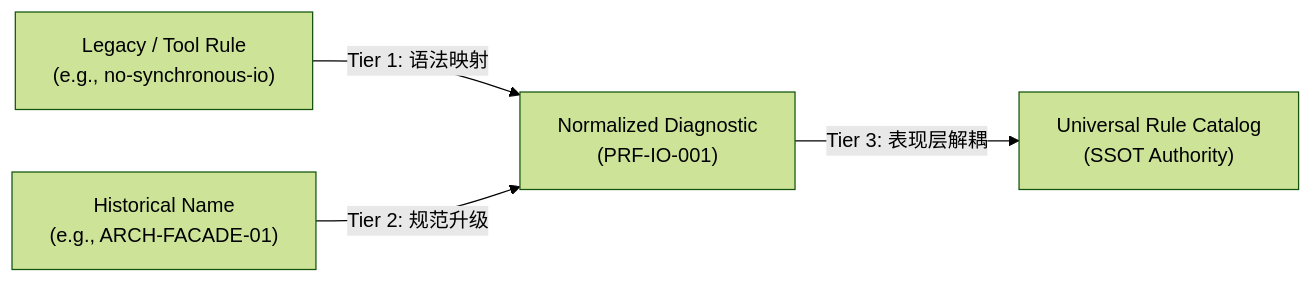
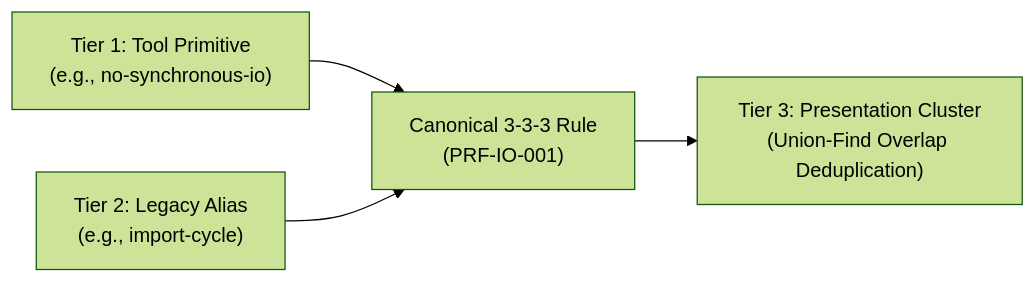
One commit to guilingzhouyi-creator/vscode-extensions changed the first of 2 diagrams in docs/system-spec/rule-catalog-architecture.md. Above: the diagram before and after it, drawn with Mermaid (forest theme). The commit also changed other lines of this file and 6 other files, not shown here.

````diff
--- a/docs/system-spec/rule-catalog-architecture.md
+++ b/docs/system-spec/rule-catalog-architecture.md
@@ -54,6 +37,6 @@
 ```mermaid
 flowchart LR
-    A["Legacy / Tool Rule<br/>(e.g., no-synchronous-io)"] -->|"Tier 1: 语法映射"| B["Normalized Diagnostic<br/>(PRF-IO-001)"]
-    C["Historical Name<br/>(e.g., ARCH-FACADE-01)"] -->|"Tier 2: 规范升级"| B
-    B -->|"Tier 3: 表现层解耦"| D["Universal Rule Catalog<br/>(SSOT Authority)"]
+    A["Tier 1: Tool Primitive<br/>(e.g., no-synchronous-io)"] --> B["Canonical 3-3-3 Rule<br/>(PRF-IO-001)"]
+    C["Tier 2: Legacy Alias<br/>(e.g., import-cycle)"] --> B
+    B --> D["Tier 3: Presentation Cluster<br/>(Union-Find Overlap Deduplication)"]
 ```
````
